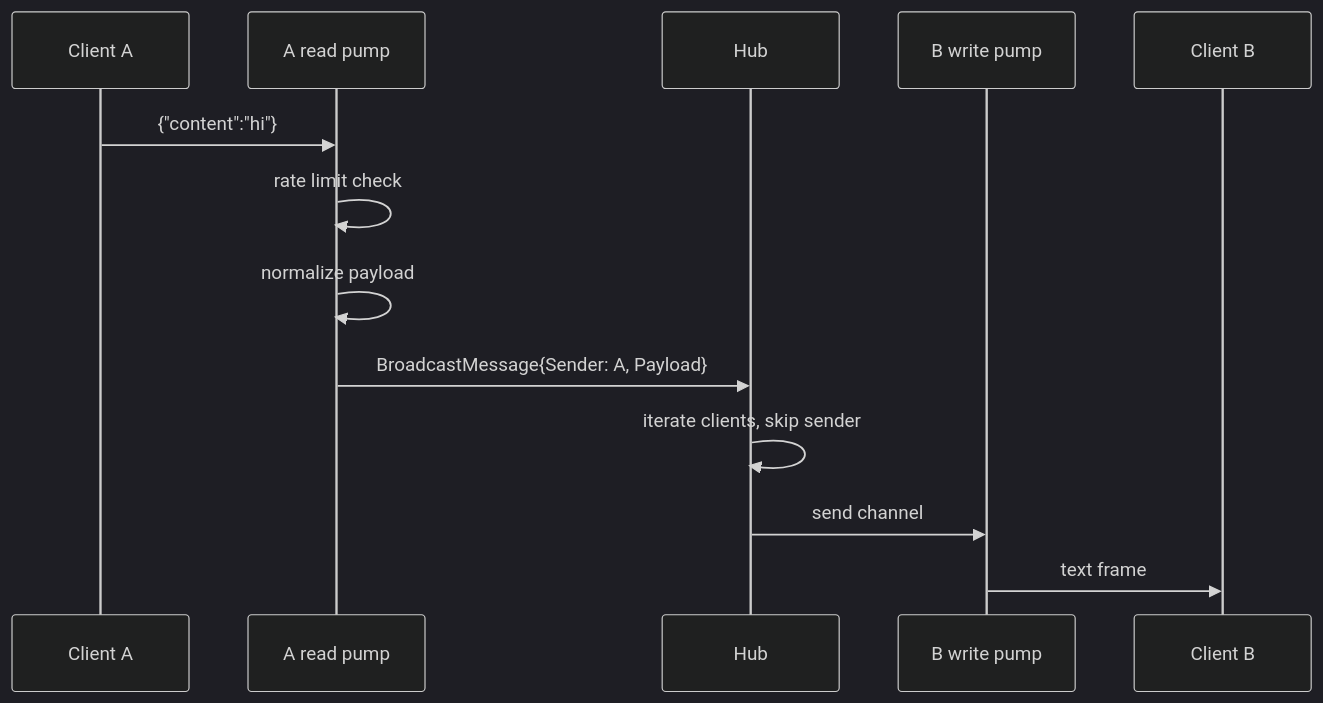
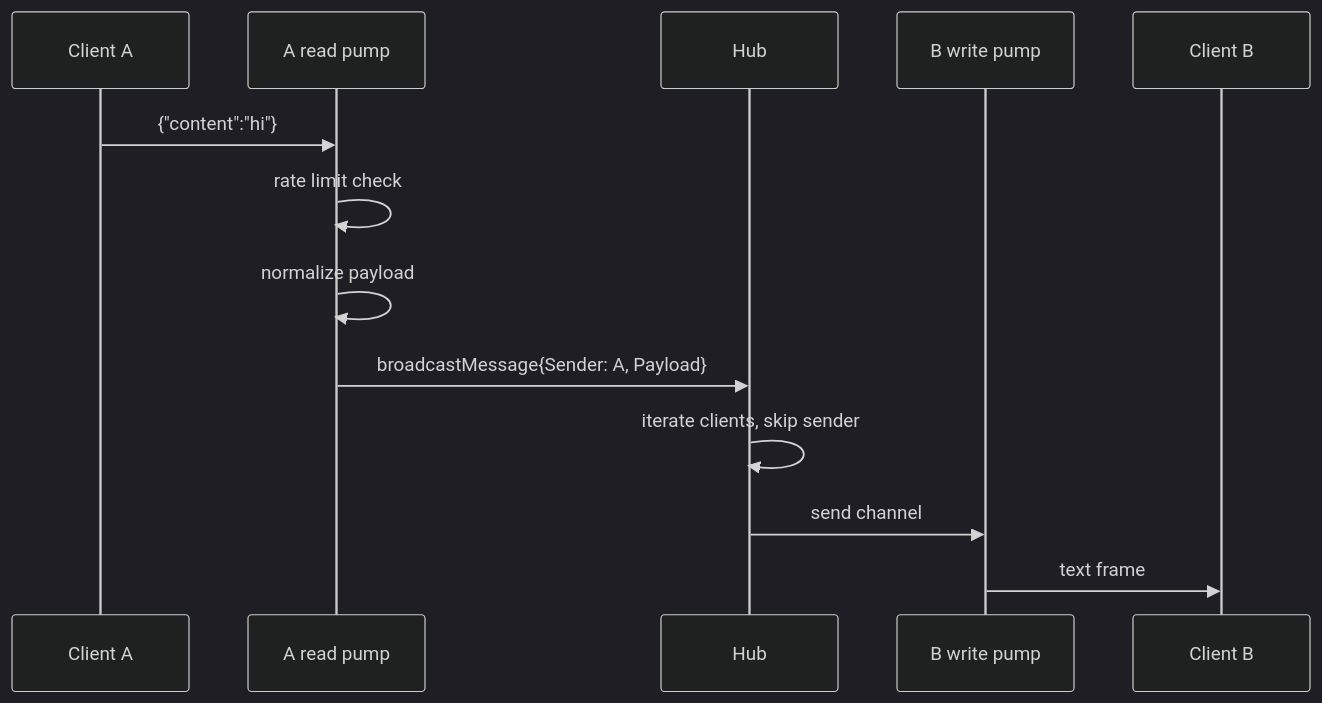
One commit to maltemindedal/blip changed the second of 2 diagrams in docs/architecture/overview.md. Above: the diagram before and after it, drawn with Mermaid (dark theme). The commit also changed other lines of this file and 16 other files, not shown here.

````diff
--- a/docs/architecture/overview.md
+++ b/docs/architecture/overview.md
@@ -168,16 +171,16 @@
 ```mermaid
 sequenceDiagram
     participant A as Client A
     participant RA as A read pump
     participant H as Hub
     participant WB as B write pump
     participant B as Client B
 
     A->>RA: {"content":"hi"}
     RA->>RA: rate limit check
     RA->>RA: normalize payload
-    RA->>H: BroadcastMessage{Sender: A, Payload}
+    RA->>H: broadcastMessage{Sender: A, Payload}
     H->>H: iterate clients, skip sender
     H->>WB: send channel
     WB->>B: text frame
 ```
````
